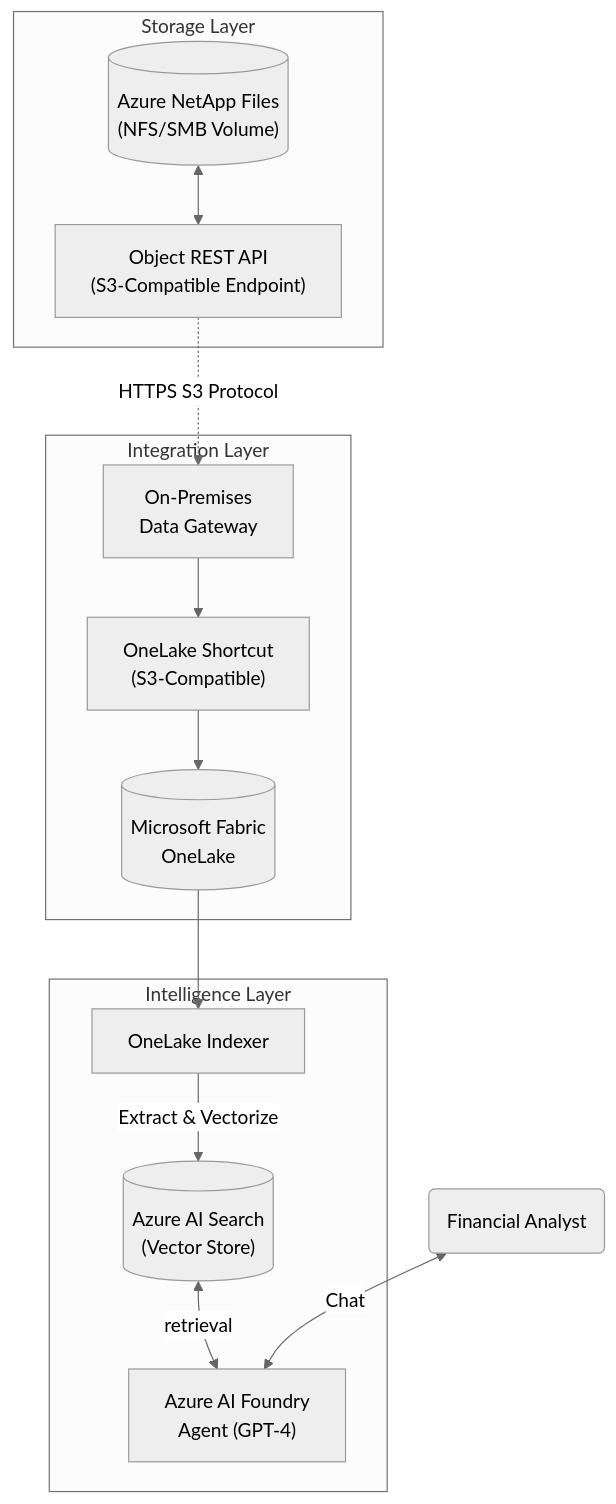
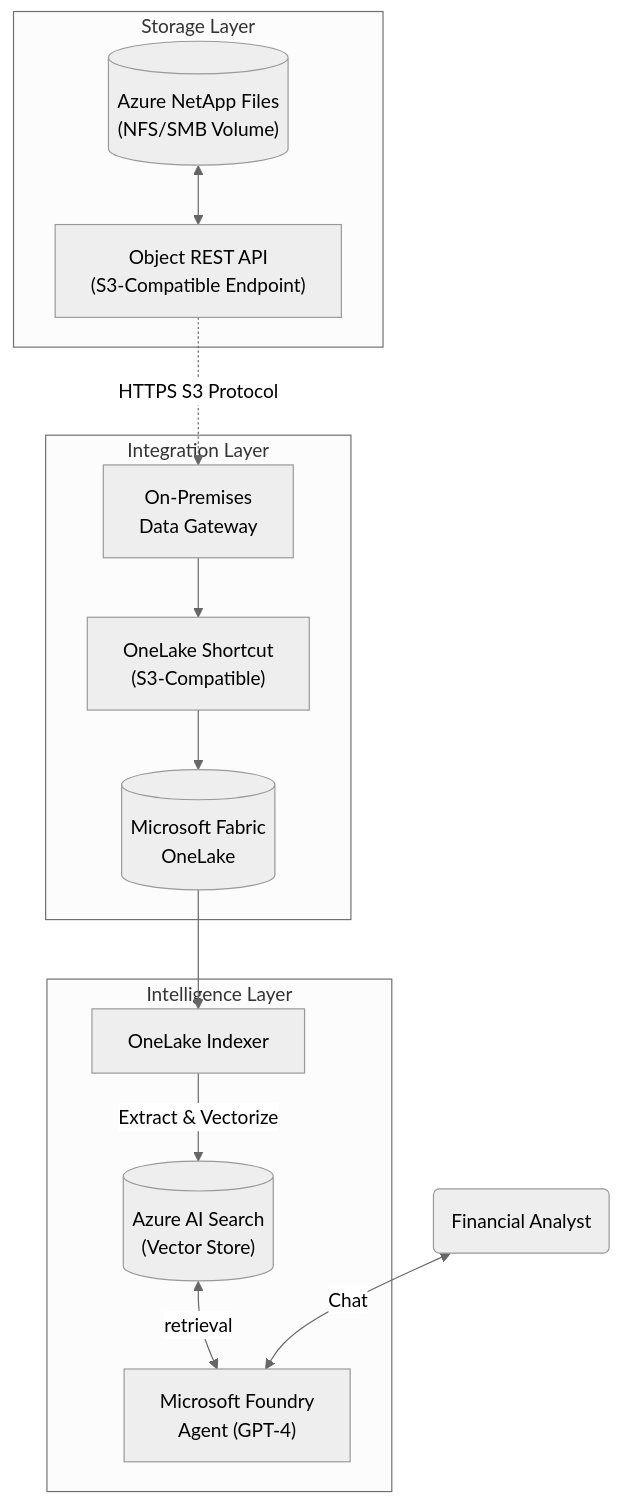
Before and after one commit to DwirefS/ANF-OneLake-AIFoundry: the diagram in lab_guide.md, drawn with Mermaid (neutral theme). The commit also changed other lines of this file and 9 other files, not shown here.

````diff
--- a/lab_guide.md
+++ b/lab_guide.md
@@ -28,30 +31,30 @@
 ```mermaid
 graph TD
     subgraph Storage [Storage Layer]
         ANF[("Azure NetApp Files\n(NFS/SMB Volume)")]
         ObjAPI["Object REST API\n(S3-Compatible Endpoint)"]
         ANF <--> ObjAPI
     end
 
     subgraph Integration [Integration Layer]
         Gateway["On-Premises\nData Gateway"]
         OneLake[("Microsoft Fabric\nOneLake")]
         Shortcut["OneLake Shortcut\n(S3-Compatible)"]
-        
+
         ObjAPI -.->|HTTPS S3 Protocol| Gateway
         Gateway --> Shortcut
         Shortcut --> OneLake
     end
 
     subgraph Intelligence [Intelligence Layer]
         Indexer["OneLake Indexer"]
         AISearch[("Azure AI Search\n(Vector Store)")]
-        Agent["Azure AI Foundry\nAgent (GPT-4)"]
-        
+        Agent["Microsoft Foundry\nAgent (GPT-4)"]
+
         OneLake --> Indexer
         Indexer -->|Extract & Vectorize| AISearch
         AISearch <-->|retrieval| Agent
     end
 
     User("Financial Analyst") <-->|Chat| Agent
 ```
````
